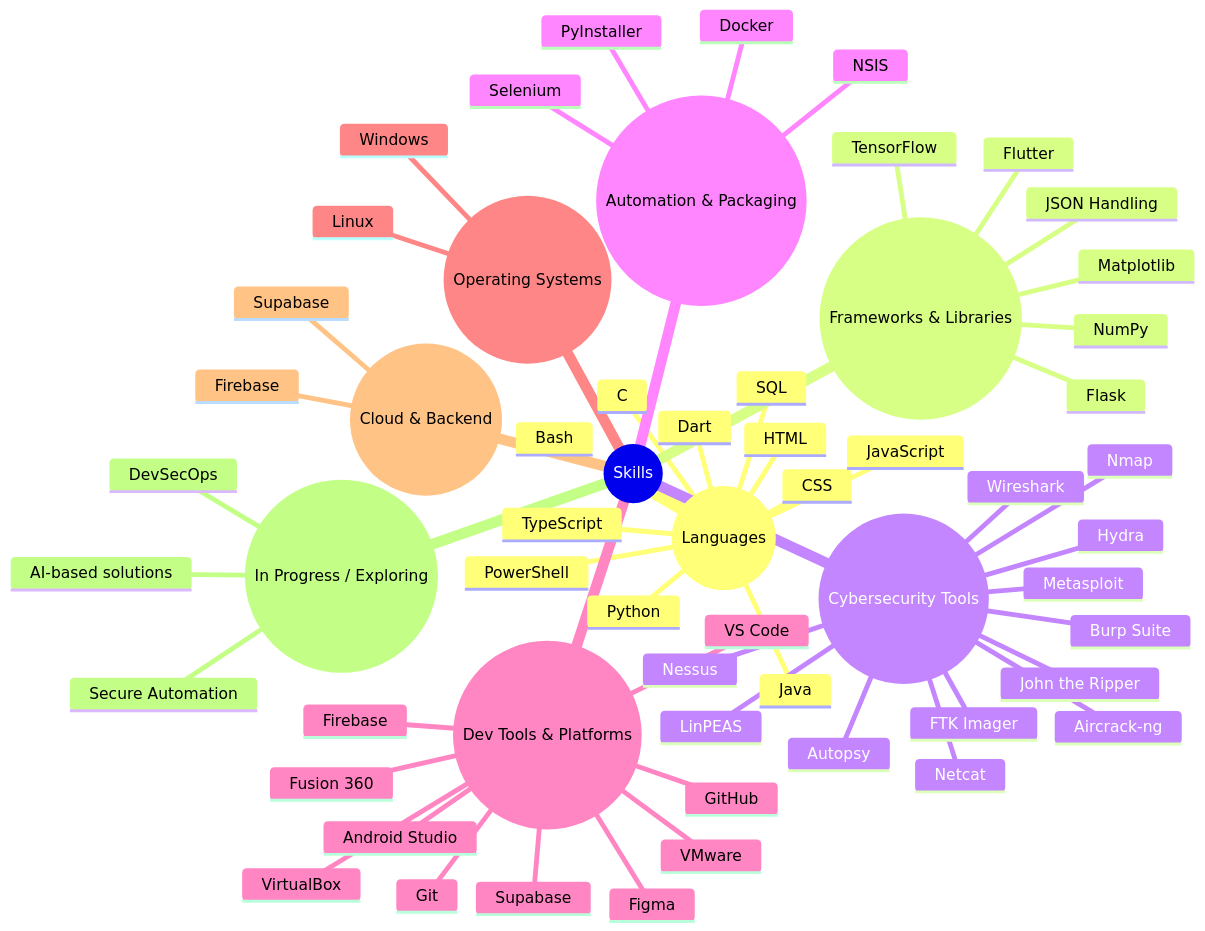
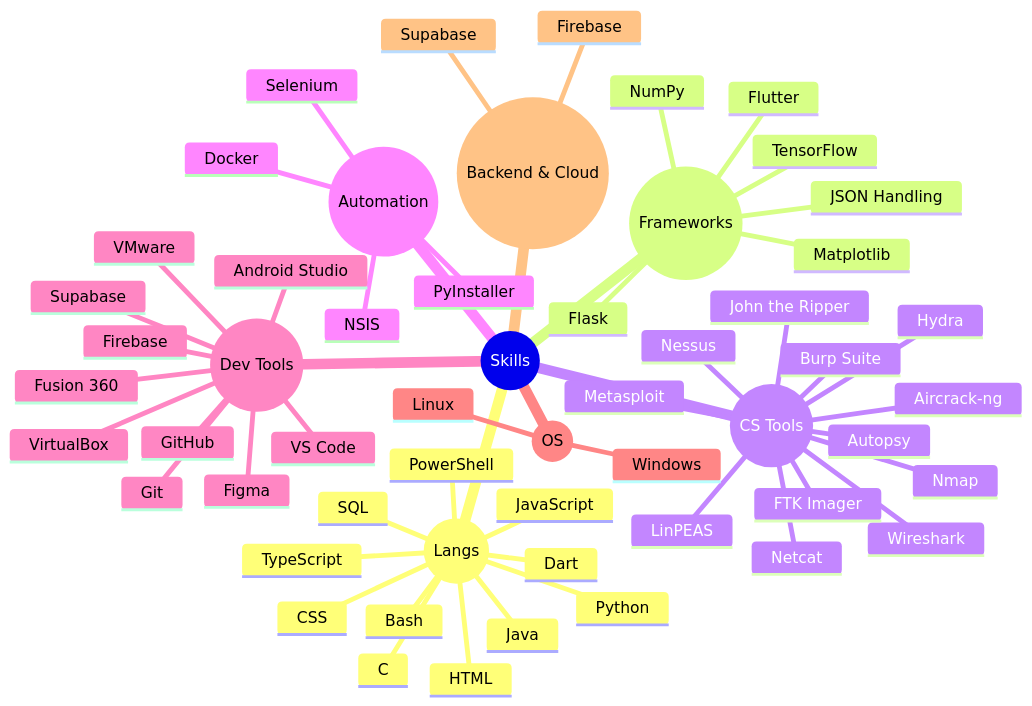
One commit to Jayanth-4547/Jayanth-4547 changed the diagram in README.md. Above: the diagram before and after it, drawn with Mermaid.

````diff
--- a/README.md
+++ b/README.md
@@ -27,62 +27,58 @@
 ```mermaid
 mindmap
   root((Skills))
-    ((Languages))
+    ((Langs))
       Python
       Java
       C
       SQL
       HTML
       CSS
       Bash
       Dart
       JavaScript
       TypeScript
       PowerShell
-    ((Frameworks & Libraries))
+    ((Frameworks))
       Flutter
       Flask
       TensorFlow
       JSON Handling
       NumPy
       Matplotlib
-    ((Cybersecurity Tools))
+    ((CS Tools))
       Nmap
       Metasploit
       Burp Suite
       Wireshark
       LinPEAS
       Hydra
       John the Ripper
       Netcat
       Nessus
       Aircrack-ng
       Autopsy
       FTK Imager
-    ((Automation & Packaging))
+    ((Automation))
       Selenium
       PyInstaller
       NSIS
       Docker
-    ((Dev Tools & Platforms))
+    ((Dev Tools))
       VS Code
       Android Studio
       Git
       GitHub
       Firebase
       Supabase
       VMware
       VirtualBox
       Figma
       Fusion 360
-    ((Operating Systems))
+    ((OS))
       Linux
       Windows
-    ((Cloud & Backend))
+    ((Backend & Cloud))
       Firebase
       Supabase
-    ((In Progress / Exploring))
-      DevSecOps
-      Secure Automation
-      AI-based solutions
 ```
````
